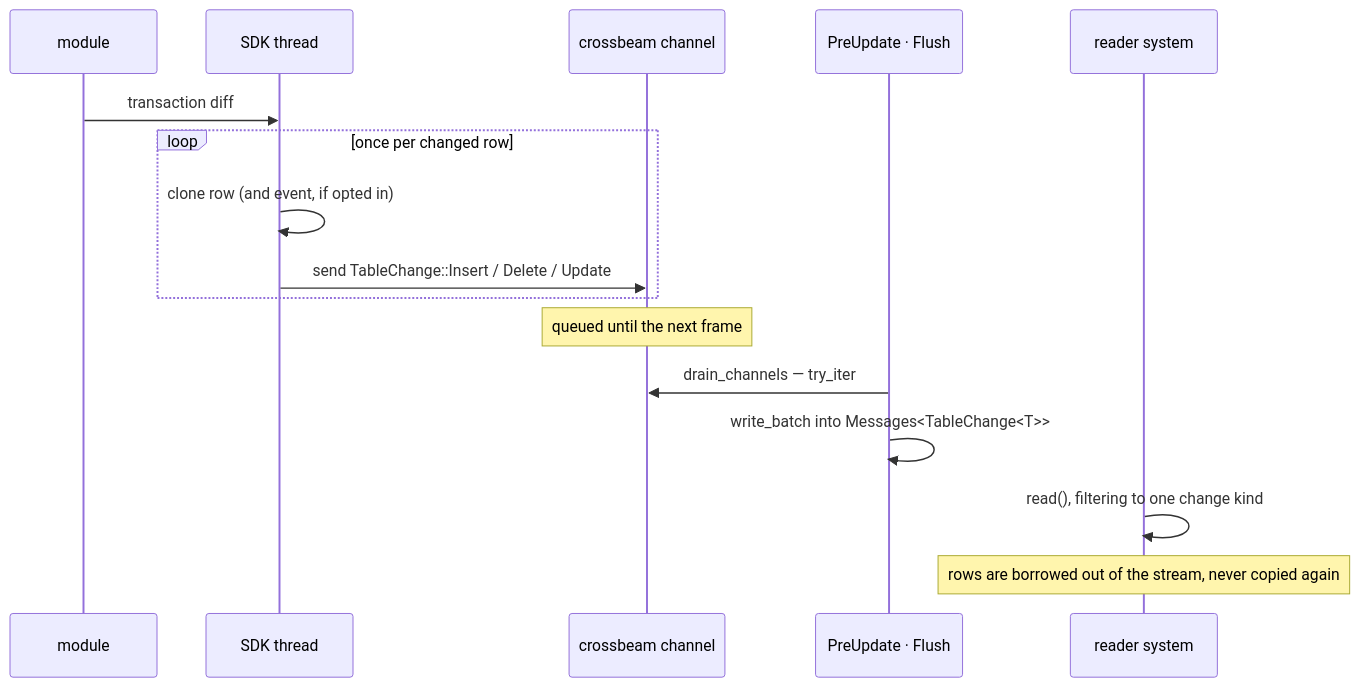
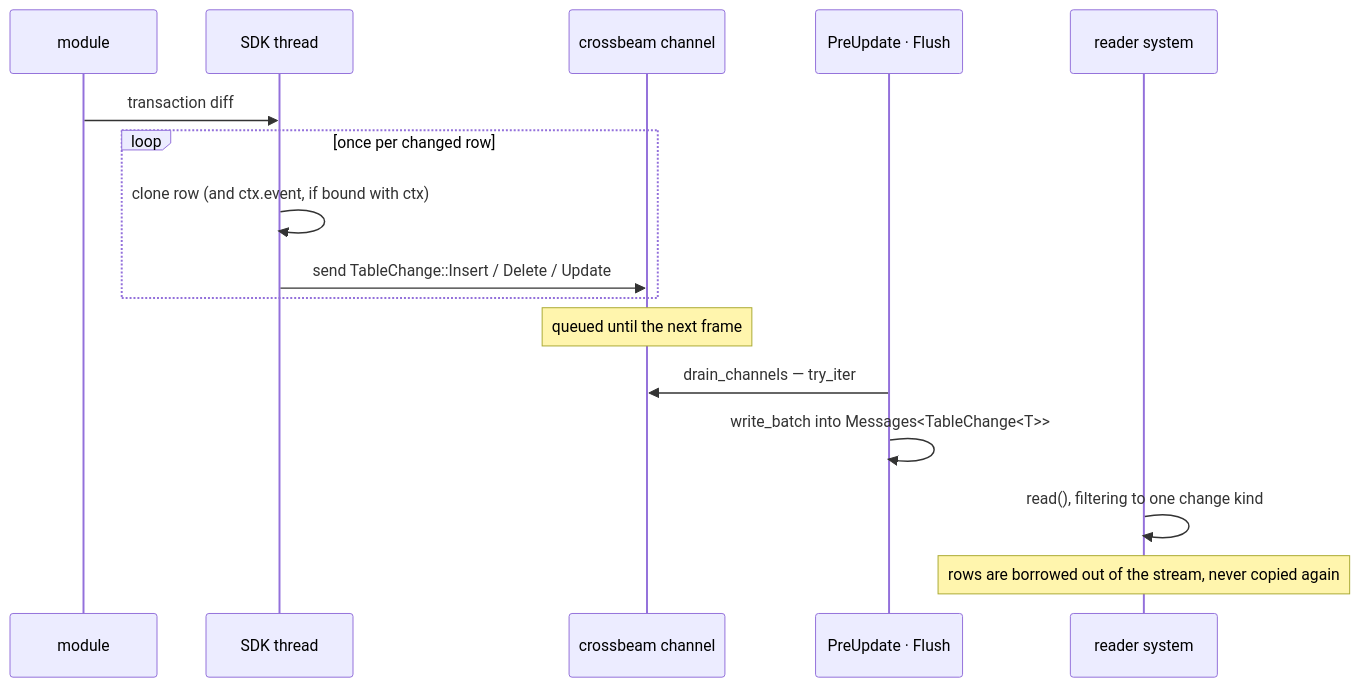
One commit to onx2/bevy_stdb changed the second of 7 diagrams in docs/architecture.md. Above: the diagram before and after it, drawn with Mermaid. The commit also changed other lines of this file and 14 other files, not shown here.

````diff
--- a/docs/architecture.md
+++ b/docs/architecture.md
@@ -51,20 +51,20 @@
 ```mermaid
 sequenceDiagram
     participant M as module
     participant S as SDK thread
     participant C as crossbeam channel
     participant F as PreUpdate · Flush
     participant R as reader system
 
     M->>S: transaction diff
     loop once per changed row
-        S->>S: clone row (and event, if opted in)
+        S->>S: clone row (and ctx.event, if bound with ctx)
         S->>C: send TableChange::Insert / Delete / Update
     end
     Note over C: queued until the next frame
 
     F->>C: drain_channels — try_iter
     F->>F: write_batch into Messages<TableChange<T>>
     R->>R: read(), filtering to one change kind
     Note over R: rows are borrowed out of the stream, never copied again
 ```
````
